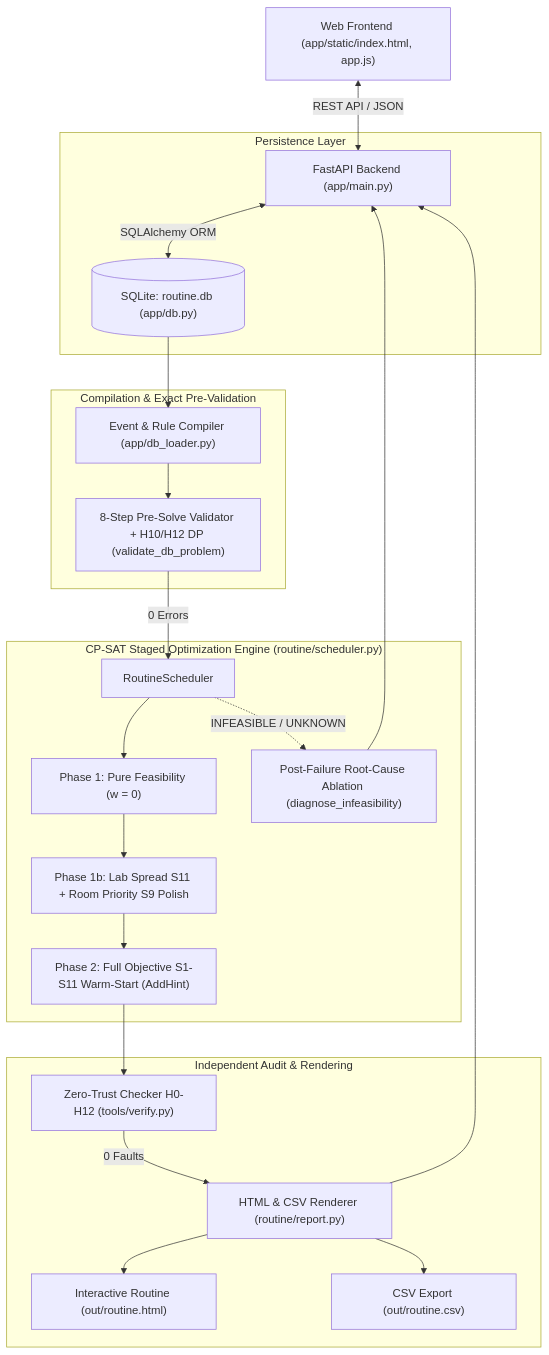
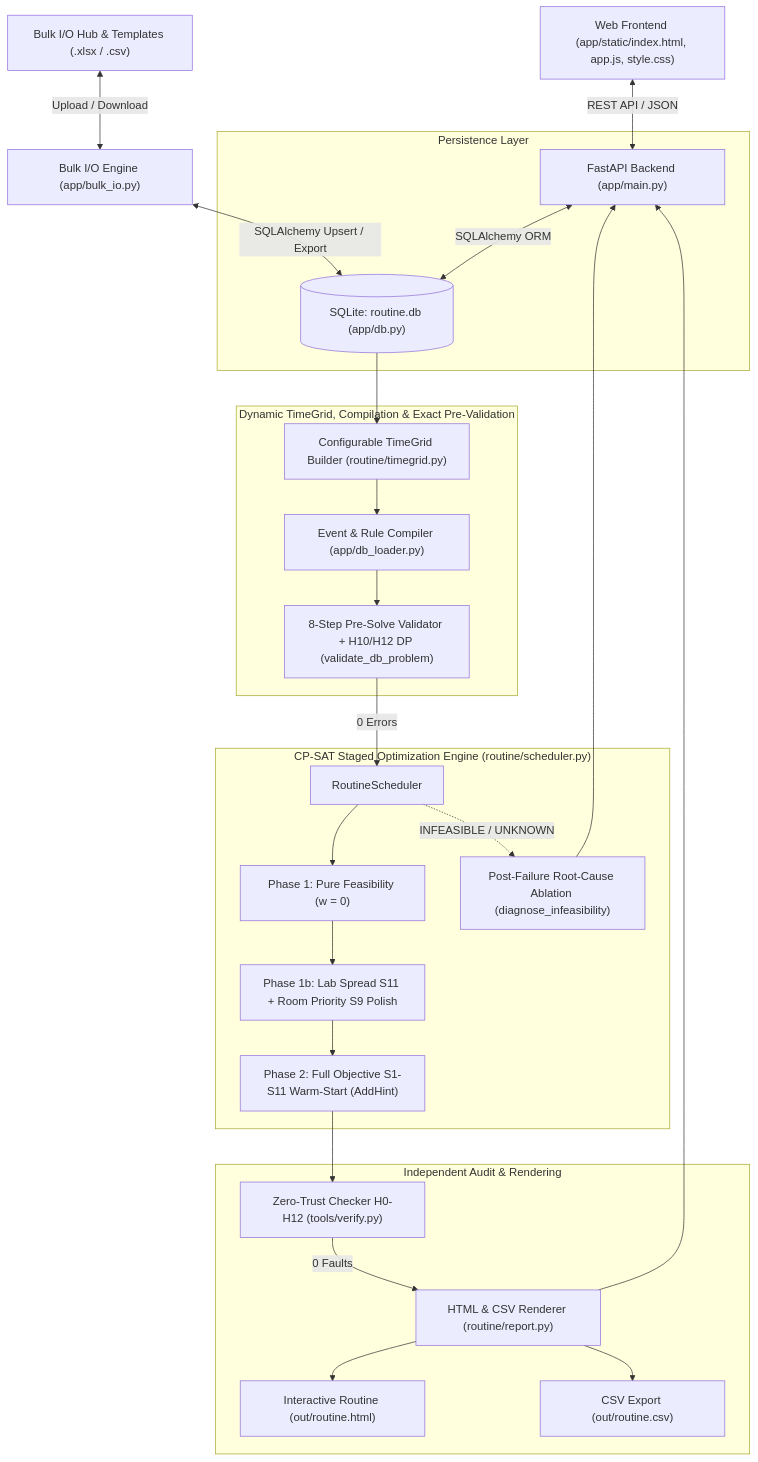
Before and after one commit to mesbaul2022/RoutineMaker: the diagram in DOCUMENTATION.md, drawn with Mermaid. The commit also changed other lines of this file and 3 other files, not shown here.

````diff
--- a/DOCUMENTATION.md
+++ b/DOCUMENTATION.md
@@ -52,38 +60,41 @@
 ```mermaid
 graph TD
-    UI["Web Frontend (app/static/index.html, app.js)"] <-->|"REST API / JSON"| API["FastAPI Backend (app/main.py)"]
+    UI["Web Frontend (app/static/index.html, app.js, style.css)"] <-->|"REST API / JSON"| API["FastAPI Backend (app/main.py)"]
+    BulkUI["Bulk I/O Hub & Templates (.xlsx / .csv)"] <-->|"Upload / Download"| BulkEngine["Bulk I/O Engine (app/bulk_io.py)"]
+    BulkEngine <-->|"SQLAlchemy Upsert / Export"| DB
 
     subgraph Storage["Persistence Layer"]
         DB[("SQLite: routine.db (app/db.py)")]
         API <-->|"SQLAlchemy ORM"| DB
     end
 
-    subgraph ProblemModeling["Compilation & Exact Pre-Validation"]
+    subgraph ProblemModeling["Dynamic TimeGrid, Compilation & Exact Pre-Validation"]
+        TG["Configurable TimeGrid Builder (routine/timegrid.py)"]
         DBLoader["Event & Rule Compiler (app/db_loader.py)"]
         Validator["8-Step Pre-Solve Validator + H10/H12 DP (validate_db_problem)"]
-        DB --> DBLoader --> Validator
+        DB --> TG --> DBLoader --> Validator
     end
 
     subgraph OptimizationEngine["CP-SAT Staged Optimization Engine (routine/scheduler.py)"]
         Solver["RoutineScheduler"]
         Phase1["Phase 1: Pure Feasibility (w = 0)"]
         Phase1b["Phase 1b: Lab Spread S11 + Room Priority S9 Polish"]
         Phase2["Phase 2: Full Objective S1-S11 Warm-Start (AddHint)"]
         Diag["Post-Failure Root-Cause Ablation (diagnose_infeasibility)"]
         Validator -->|"0 Errors"| Solver
         Solver --> Phase1 --> Phase1b --> Phase2
         Solver -.->|"INFEASIBLE / UNKNOWN"| Diag
     end
 
     subgraph PostProcessing["Independent Audit & Rendering"]
         HardVerify["Zero-Trust Checker H0-H12 (tools/verify.py)"]
         ReportGen["HTML & CSV Renderer (routine/report.py)"]
         Phase2 --> HardVerify
         HardVerify -->|"0 Faults"| ReportGen
         ReportGen --> MasterHTML["Interactive Routine (out/routine.html)"]
         ReportGen --> FlatCSV["CSV Export (out/routine.csv)"]
     end
 
     ReportGen --> API
     Diag --> API
 ```
````
